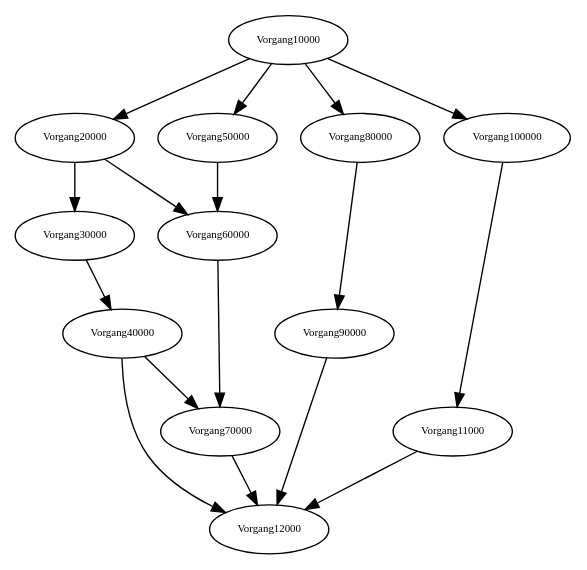
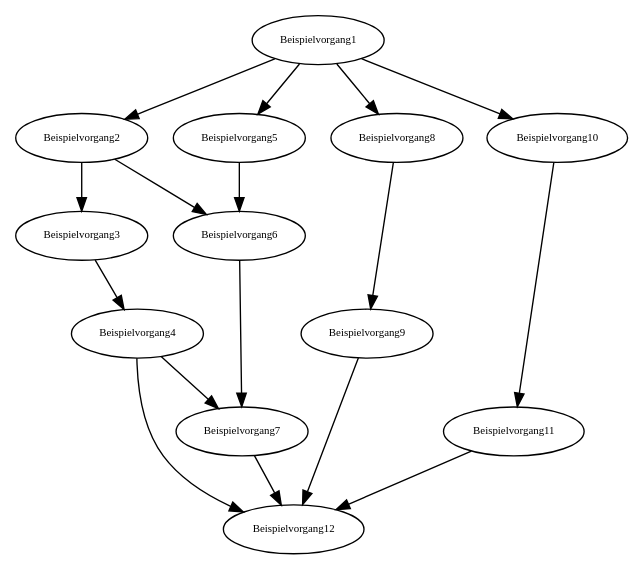
One commit to rb4k/as-rcpsp changed the diagram in graph.dot. Above: the diagram before and after it, drawn with Graphviz. The commit also changed 206 other files, not shown here.

```diff
--- a/graph.dot
+++ b/graph.dot
@@ -1,125 +1,125 @@
 digraph RGL__DirectedAdjacencyGraph {
-    48074796 [
+    48031764 [
         fontsize = 8,
-        label = Vorgang10000
+        label = Beispielvorgang1
     ]
 
-    48074748 [
+    48031716 [
         fontsize = 8,
-        label = Vorgang20000
+        label = Beispielvorgang2
     ]
 
-    48122976 [
+    48089052 [
         fontsize = 8,
-        label = Vorgang50000
+        label = Beispielvorgang5
     ]
 
-    48178416 [
+    48234228 [
         fontsize = 8,
-        label = Vorgang80000
+        label = Beispielvorgang8
     ]
 
-    48210384 [
+    48249348 [
         fontsize = 8,
-        label = Vorgang100000
+        label = Beispielvorgang10
     ]
 
-    48284856 [
+    48301152 [
         fontsize = 8,
-        label = Vorgang30000
+        label = Beispielvorgang3
     ]
 
-    48315900 [
+    48318204 [
         fontsize = 8,
-        label = Vorgang60000
+        label = Beispielvorgang6
     ]
 
-    48351252 [
+    48356940 [
         fontsize = 8,
-        label = Vorgang40000
+        label = Beispielvorgang4
     ]
 
-    48367332 [
+    48415332 [
         fontsize = 8,
-        label = Vorgang70000
+        label = Beispielvorgang7
     ]
 
-    48493824 [
+    48513948 [
         fontsize = 8,
-        label = Vorgang12000
+        label = Beispielvorgang12
     ]
 
-    48779280 [
+    48637968 [
         fontsize = 8,
-        label = Vorgang90000
+        label = Beispielvorgang9
     ]
 
-    48853200 [
+    48690516 [
         fontsize = 8,
-        label = Vorgang11000
+        label = Beispielvorgang11
     ]
 
-    48074796 -> 48074748 [
+    48031764 -> 48031716 [
         fontsize = 8
     ]
 
-    48074796 -> 48122976 [
+    48031764 -> 48089052 [
         fontsize = 8
     ]
 
-    48074796 -> 48178416 [
+    48031764 -> 48234228 [
         fontsize = 8
     ]
 
-    48074796 -> 48210384 [
+    48031764 -> 48249348 [
         fontsize = 8
     ]
 
-    48074748 -> 48284856 [
+    48031716 -> 48301152 [
         fontsize = 8
     ]
 
-    48074748 -> 48315900 [
+    48031716 -> 48318204 [
         fontsize = 8
     ]
 
-    48122976 -> 48315900 [
+    48089052 -> 48318204 [
         fontsize = 8
     ]
 
-    48178416 -> 48779280 [
+    48234228 -> 48637968 [
         fontsize = 8
     ]
 
-    48210384 -> 48853200 [
+    48249348 -> 48690516 [
         fontsize = 8
     ]
 
-    48284856 -> 48351252 [
+    48301152 -> 48356940 [
         fontsize = 8
     ]
 
-    48315900 -> 48367332 [
+    48318204 -> 48415332 [
         fontsize = 8
     ]
 
-    48351252 -> 48367332 [
+    48356940 -> 48415332 [
         fontsize = 8
     ]
 
-    48351252 -> 48493824 [
+    48356940 -> 48513948 [
         fontsize = 8
     ]
 
-    48367332 -> 48493824 [
+    48415332 -> 48513948 [
         fontsize = 8
     ]
 
-    48779280 -> 48493824 [
+    48637968 -> 48513948 [
         fontsize = 8
     ]
 
-    48853200 -> 48493824 [
+    48690516 -> 48513948 [
         fontsize = 8
     ]
 }
```
